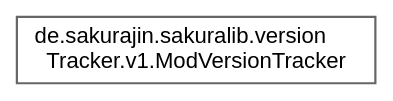
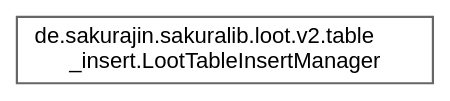
The diagram in inherit_graph_26.dot (noah1510/sakura-lib), drawn with Graphviz before and after one commit. The commit also changed 186 other files, not shown here.

```diff
--- a/inherit_graph_26.dot
+++ b/inherit_graph_26.dot
@@ -1,9 +1,9 @@
 digraph "Graphical Class Hierarchy"
 {
  // LATEX_PDF_SIZE
   bgcolor="transparent";
   edge [fontname=Helvetica,fontsize=10,labelfontname=Helvetica,labelfontsize=10];
   node [fontname=Helvetica,fontsize=10,shape=box,height=0.2,width=0.4];
   rankdir="LR";
-  Node0 [label="de.sakurajin.sakuralib.version\lTracker.v1.ModVersionTracker",height=0.2,width=0.4,color="grey40", fillcolor="white", style="filled",URL="$classde_1_1sakurajin_1_1sakuralib_1_1versionTracker_1_1v1_1_1ModVersionTracker.html",tooltip=" "];
+  Node0 [label="de.sakurajin.sakuralib.loot.v2.table\l_insert.LootTableInsertManager",height=0.2,width=0.4,color="grey40", fillcolor="white", style="filled",URL="$classde_1_1sakurajin_1_1sakuralib_1_1loot_1_1v2_1_1table__insert_1_1LootTableInsertManager.html",tooltip=" "];
 }
```
